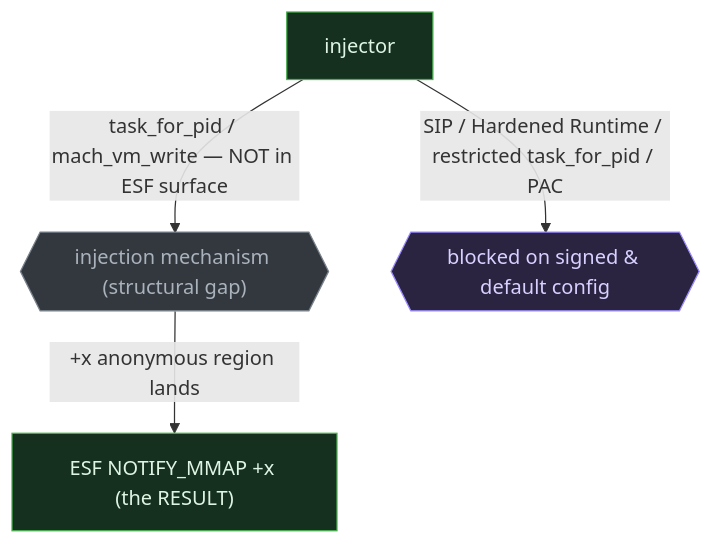
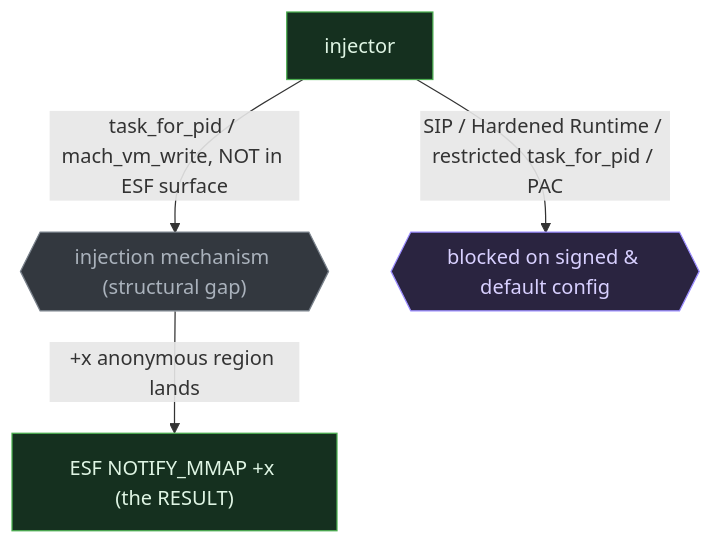
One commit to iimp0ster/os-internals-de-guide changed the fourth of 4 diagrams in src/execution/03-in-memory-exec.md. Above: the diagram before and after it, drawn with Mermaid. The commit also changed other lines of this file and 53 other files, not shown here.

````diff
--- a/src/execution/03-in-memory-exec.md
+++ b/src/execution/03-in-memory-exec.md
@@ -127,9 +122,9 @@
 ```mermaid
 flowchart TB
-    S["injector"]:::seen -->|"task_for_pid / mach_vm_write — NOT in ESF surface"| B{{"injection mechanism (structural gap)"}}:::blind
+    S["injector"]:::seen -->|"task_for_pid / mach_vm_write, NOT in ESF surface"| B{{"injection mechanism (structural gap)"}}:::blind
     S -->|"SIP / Hardened Runtime / restricted task_for_pid / PAC"| G{{"blocked on signed & default config"}}:::diverge
     B -->|"+x anonymous region lands"| X["ESF NOTIFY_MMAP +x (the RESULT)"]:::seen
     classDef seen fill:#15301f,stroke:#4caf50,color:#dff5e4;
     classDef blind fill:#33383f,stroke:#7a828c,color:#aab2bc;
     classDef diverge fill:#2a2440,stroke:#9b8cff,color:#d8d0ff;
 ```
````
